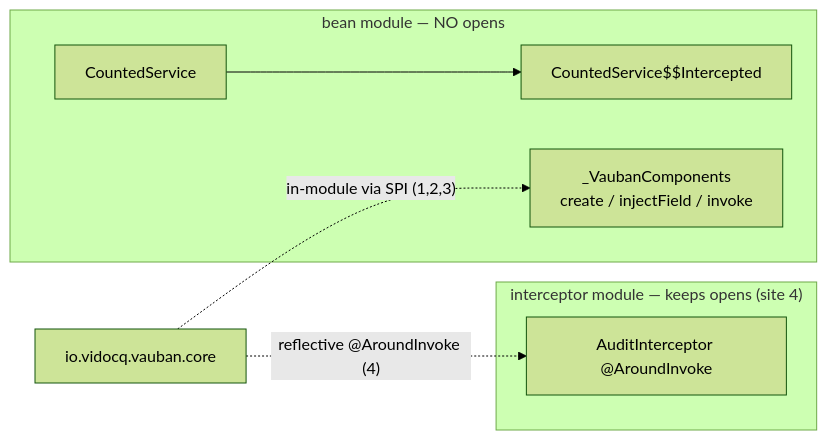
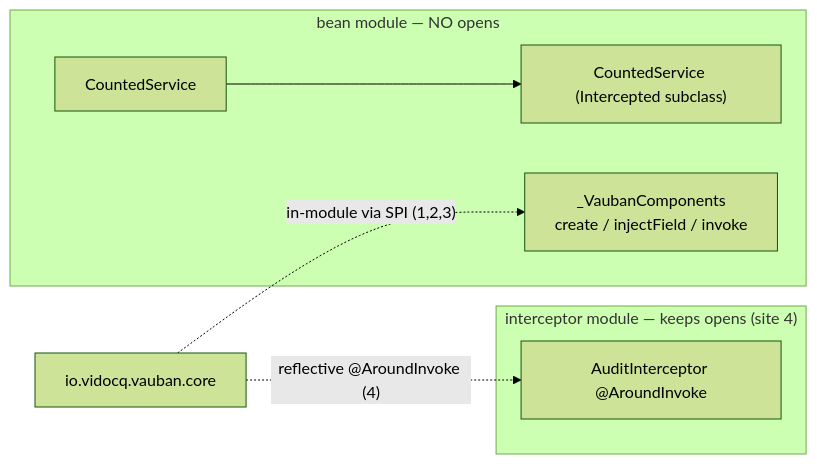
The third of 4 diagrams in INTERCEPTORS.md (vidocq-stack/vauban), drawn with Mermaid (forest theme) before and after one commit. The commit also changed other lines of this file, not shown here.

First line of the commit message:
INTERCEPTORS.md: remove $ from all mermaid labels (KaTeX parses $$ as math)

````diff
--- a/INTERCEPTORS.md
+++ b/INTERCEPTORS.md
@@ -167,12 +171,12 @@
 ```mermaid
 flowchart LR
     subgraph BeanMod["bean module — NO opens"]
-      Bean[CountedService] --> Sub[CountedService$$Intercepted]
-      Comp[_VaubanComponents<br/>create / injectField / invoke]
+      Bean[CountedService] --> Sub["CountedService (Intercepted subclass)"]
+      Comp["_VaubanComponents<br/>create / injectField / invoke"]
     end
     subgraph IntMod["interceptor module — keeps opens (site 4)"]
       Int[AuditInterceptor @AroundInvoke]
     end
     Core[io.vidocq.vauban.core] -. "in-module via SPI (1,2,3)" .-> Comp
     Core -. "reflective @AroundInvoke (4)" .-> Int
 ```
````
